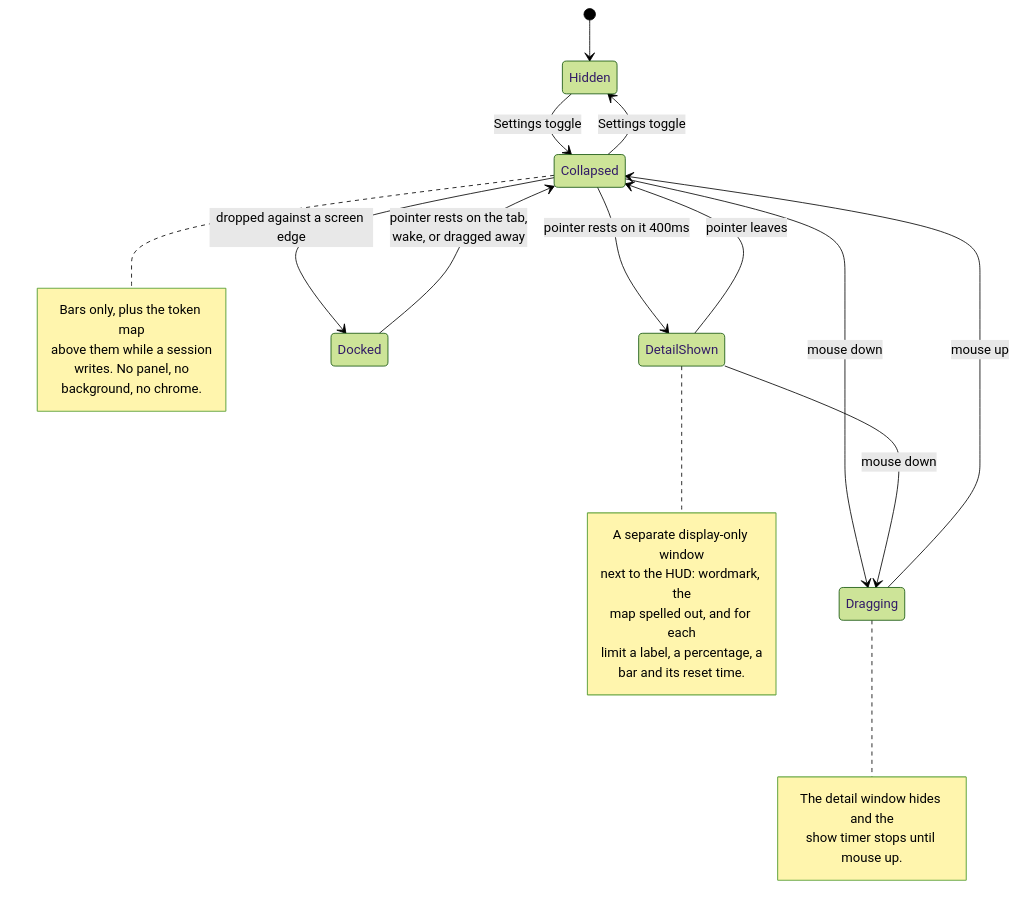
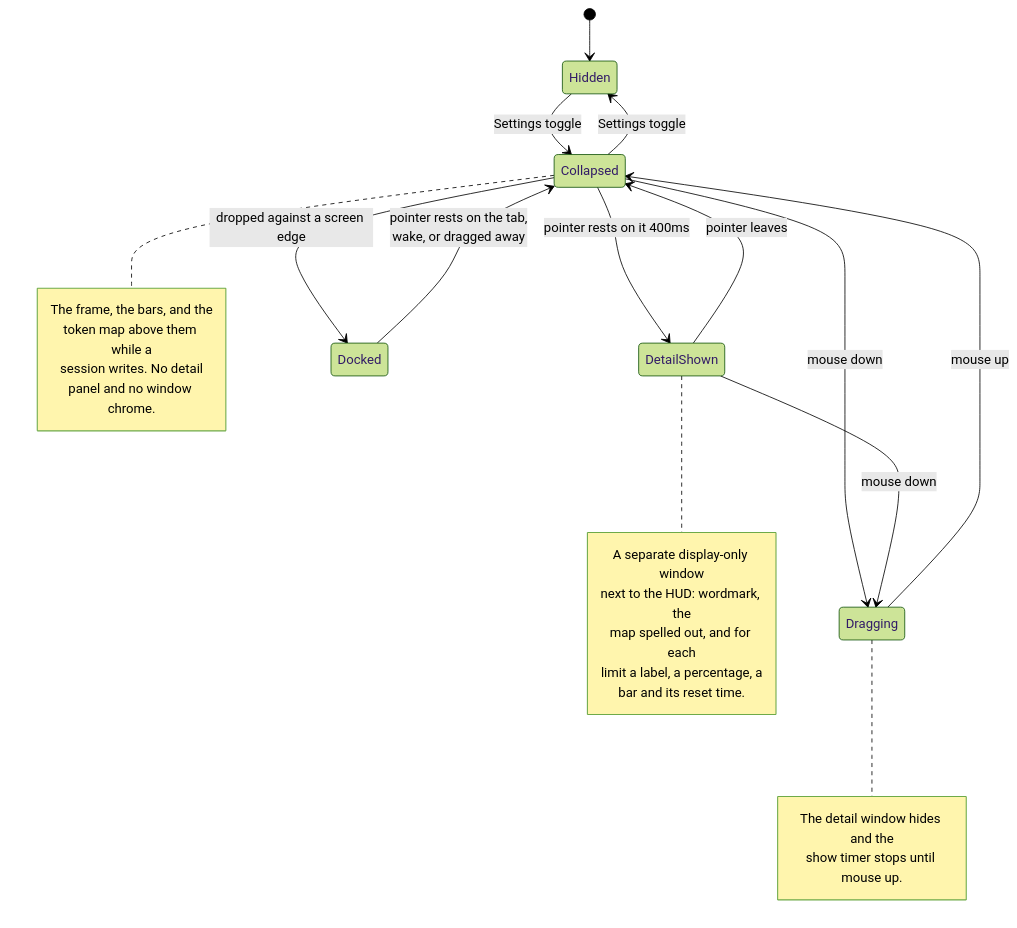
The diagram in docs/hud-states.md (antiburn/antiburn), drawn with Mermaid (forest theme) before and after one commit. The commit also changed 1 other file, not shown here.

Commit message:
fix(hud): end a developer block at its own time
The "HUD Dev" block waited for the next usage poll, which runs once a
minute. A timer now ends the block at the requested time, and the HUD
clears that timer when it stops. The collapsed-state note also states
that the frame stays on.

````diff
--- a/docs/hud-states.md
+++ b/docs/hud-states.md
@@ -14,34 +14,34 @@
 ```mermaid
 stateDiagram-v2
     [*] --> Hidden
     Hidden --> Collapsed: Settings toggle
     Collapsed --> Hidden: Settings toggle
 
     Collapsed --> DetailShown: pointer rests on it 400ms
     DetailShown --> Collapsed: pointer leaves
 
     Collapsed --> Dragging: mouse down
     DetailShown --> Dragging: mouse down
     Dragging --> Collapsed: mouse up
 
     Collapsed --> Docked: dropped against a screen edge
     Docked --> Collapsed: pointer rests on the tab,<br/>wake, or dragged away
 
     note right of Collapsed
-        Bars only, plus the token map
-        above them while a session
-        writes. No panel, no
-        background, no chrome.
+        The frame, the bars, and the
+        token map above them while a
+        session writes. No detail
+        panel and no window chrome.
     end note
     note right of DetailShown
         A separate display-only window
         next to the HUD: wordmark, the
         map spelled out, and for each
         limit a label, a percentage, a
         bar and its reset time.
     end note
     note right of Dragging
         The detail window hides and the
         show timer stops until mouse up.
     end note
 ```
````
